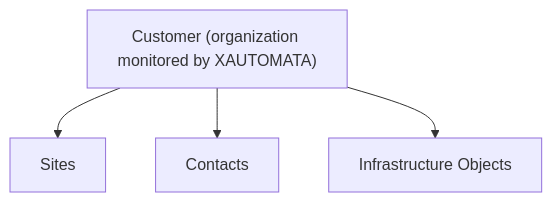
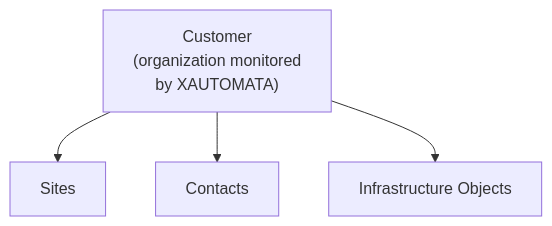
The diagram in docs/customers.md (xautomata/User-Interface-Manual), drawn with Mermaid before and after one commit. The commit also changed 3 other files, not shown here.

Commit message:
Enhance Mermaid diagrams in documentation for Customers, Metrics, Dashboard Management, and Tree Hierarchy View; improve readability with line breaks in labels

````diff
--- a/docs/customers.md
+++ b/docs/customers.md
@@ -9,13 +9,13 @@
 ```mermaid
 flowchart TD
 
-C["Customer (organization monitored by XAUTOMATA)"]
+C["Customer<br>(organization monitored<br>by XAUTOMATA)"]
 
 S["Sites"]
 CT["Contacts"]
 IO["Infrastructure Objects"]
 
 C --> S
 C --> CT
 C --> IO
 ```
````
